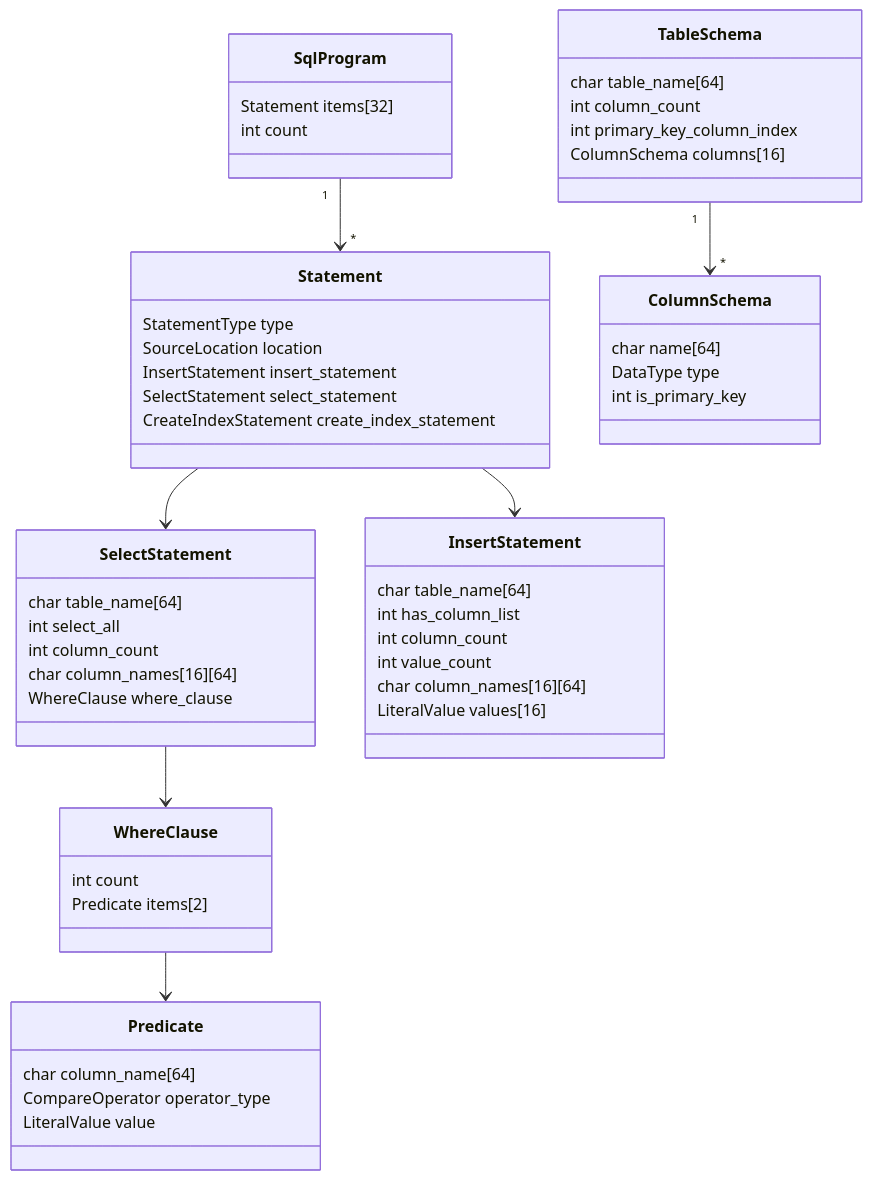
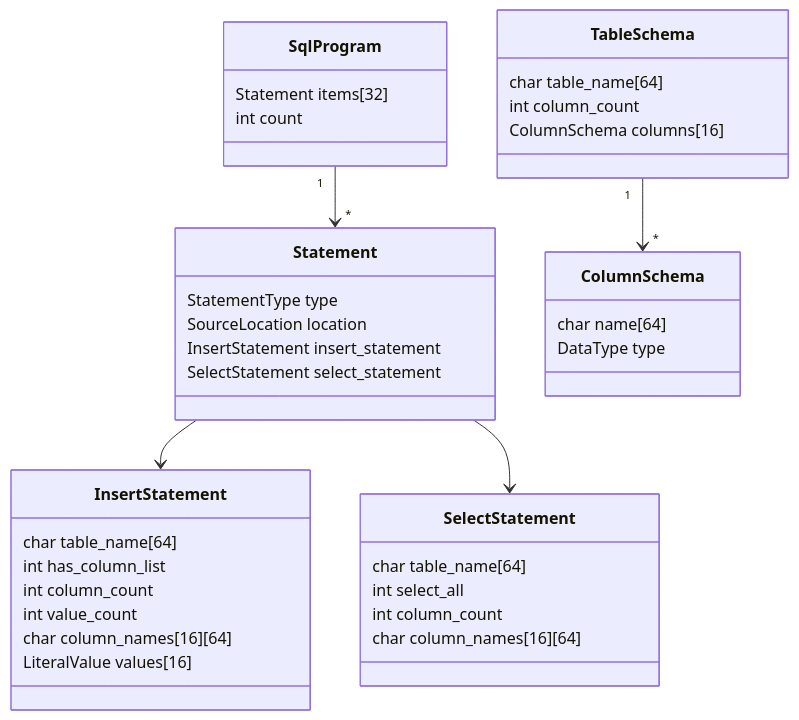
Before and after one commit to Jungle-12-303/week6-team5-sql: the third of 10 diagrams in GUIDE.md, drawn with Mermaid. The commit also changed other lines of this file, not shown here.

````diff
--- a/GUIDE.md
+++ b/GUIDE.md
@@ -219,56 +213,41 @@
 ```mermaid
 classDiagram
     class SqlProgram {
         Statement items[32]
         int count
     }
     class Statement {
         StatementType type
         SourceLocation location
         InsertStatement insert_statement
         SelectStatement select_statement
-        CreateIndexStatement create_index_statement
-    }
-    class SelectStatement {
-        char table_name[64]
-        int select_all
-        int column_count
-        char column_names[16][64]
-        WhereClause where_clause
     }
     class InsertStatement {
         char table_name[64]
         int has_column_list
         int column_count
         int value_count
         char column_names[16][64]
         LiteralValue values[16]
     }
-    class WhereClause {
-        int count
-        Predicate items[2]
-    }
-    class Predicate {
-        char column_name[64]
-        CompareOperator operator_type
-        LiteralValue value
+    class SelectStatement {
+        char table_name[64]
+        int select_all
+        int column_count
+        char column_names[16][64]
     }
     class TableSchema {
         char table_name[64]
         int column_count
-        int primary_key_column_index
         ColumnSchema columns[16]
     }
     class ColumnSchema {
         char name[64]
         DataType type
-        int is_primary_key
     }
 
     SqlProgram "1" --> "*" Statement
+    Statement --> InsertStatement
     Statement --> SelectStatement
-    Statement --> InsertStatement
-    SelectStatement --> WhereClause
-    WhereClause --> Predicate
     TableSchema "1" --> "*" ColumnSchema
 ```
````
